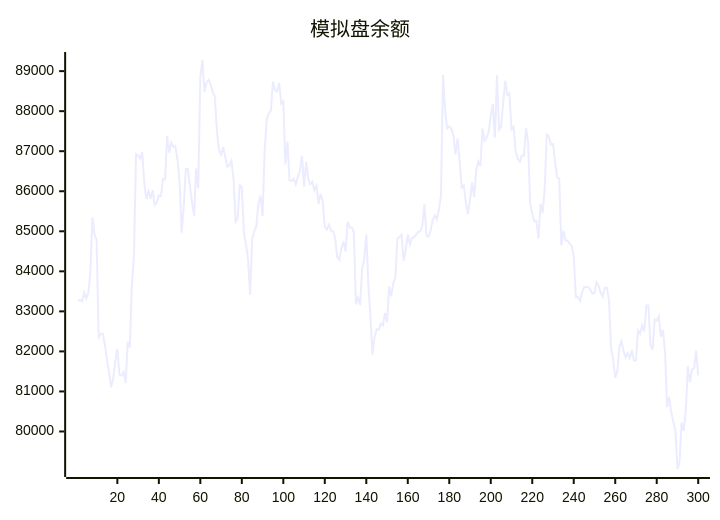
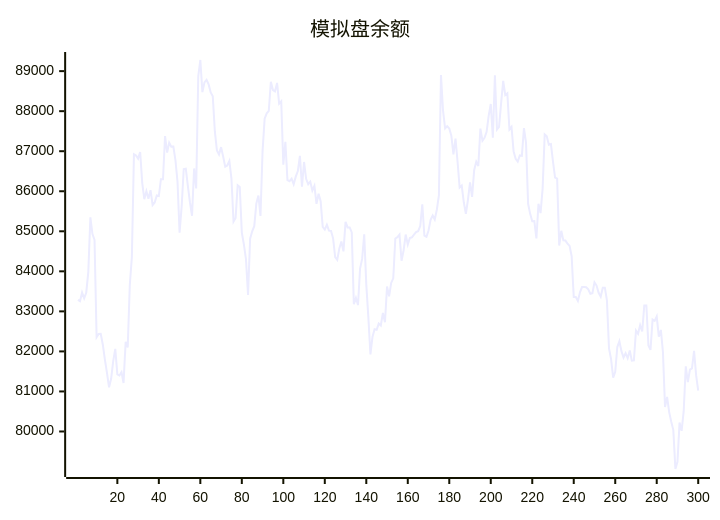
One commit to aahl/ai-trading changed the diagram in README.md. Above: the diagram before and after it, drawn with Mermaid. The commit also changed other lines of this file and 1 other file, not shown here.

````diff
--- a/README.md
+++ b/README.md
@@ -5,5 +5,5 @@
 ```mermaid
 xychart
     title "模拟盘余额"
-    line [83261,83287,83253,83470,83327,83465,83987,85348,84930,84786,82355,82433,82438,82167,81795,81466,81105,81315,81756,82064,81426,81398,81481,81210,82242,82099,83658,84359,86925,86892,86814,86980,86203,85802,86003,85811,86028,85657,85721,85896,85880,86300,86299,87378,86965,87214,87115,87118,86780,86238,84966,85623,86555,86562,86129,85722,85387,86569,86070,88870,89278,88477,88720,88781,88668,88467,88372,87493,87018,86917,87102,86870,86613,86644,86758,86317,85242,85334,86149,86106,84968,84671,84302,83410,84816,85001,85127,85693,85891,85384,87001,87811,87945,88007,88734,88528,88495,88705,88189,88248,86662,87234,86279,86251,86314,86177,86364,86503,86886,86114,86731,86310,86176,86240,86017,86136,85685,85938,85749,85111,85044,85164,85016,85008,84824,84354,84287,84572,84745,84500,85234,85096,85095,84970,83180,83338,83157,84070,84309,84922,83667,82850,81924,82369,82552,82539,82695,82648,82962,82728,83619,83378,83710,83825,84819,84854,84917,84265,84527,84919,84668,84834,84850,84916,84981,85004,85131,85674,84891,84864,85019,85284,85393,85294,85538,85894,88904,88012,87567,87625,87568,87386,86920,87313,86737,86094,86143,85725,85437,85787,86219,85859,86526,86740,86630,87563,87264,87335,87483,87886,88180,87335,88894,87544,87608,88207,88755,88401,88444,87543,87608,87000,86810,86740,86894,86884,87576,87209,85686,85435,85251,85255,84820,85689,85453,86066,87420,87373,87161,87178,86740,86341,86315,84643,85012,84772,84768,84690,84635,84376,83360,83357,83259,83474,83608,83606,83602,83548,83440,83454,83724,83644,83464,83365,83590,83592,83275,82072,81806,81344,81492,82109,82254,82006,81848,81955,81829,82022,81769,81776,82522,82441,82656,82498,83144,83144,82150,82038,82797,82763,82872,82367,82536,81981,80612,80862,80484,80242,80034,79063,79245,80226,80016,80507,81625,81233,81544,81578,82016,81401]
+    line [83287,83253,83470,83327,83465,83987,85348,84930,84786,82355,82433,82438,82167,81795,81466,81105,81315,81756,82064,81426,81398,81481,81210,82242,82099,83658,84359,86925,86892,86814,86980,86203,85802,86003,85811,86028,85657,85721,85896,85880,86300,86299,87378,86965,87214,87115,87118,86780,86238,84966,85623,86555,86562,86129,85722,85387,86569,86070,88870,89278,88477,88720,88781,88668,88467,88372,87493,87018,86917,87102,86870,86613,86644,86758,86317,85242,85334,86149,86106,84968,84671,84302,83410,84816,85001,85127,85693,85891,85384,87001,87811,87945,88007,88734,88528,88495,88705,88189,88248,86662,87234,86279,86251,86314,86177,86364,86503,86886,86114,86731,86310,86176,86240,86017,86136,85685,85938,85749,85111,85044,85164,85016,85008,84824,84354,84287,84572,84745,84500,85234,85096,85095,84970,83180,83338,83157,84070,84309,84922,83667,82850,81924,82369,82552,82539,82695,82648,82962,82728,83619,83378,83710,83825,84819,84854,84917,84265,84527,84919,84668,84834,84850,84916,84981,85004,85131,85674,84891,84864,85019,85284,85393,85294,85538,85894,88904,88012,87567,87625,87568,87386,86920,87313,86737,86094,86143,85725,85437,85787,86219,85859,86526,86740,86630,87563,87264,87335,87483,87886,88180,87335,88894,87544,87608,88207,88755,88401,88444,87543,87608,87000,86810,86740,86894,86884,87576,87209,85686,85435,85251,85255,84820,85689,85453,86066,87420,87373,87161,87178,86740,86341,86315,84643,85012,84772,84768,84690,84635,84376,83360,83357,83259,83474,83608,83606,83602,83548,83440,83454,83724,83644,83464,83365,83590,83592,83275,82072,81806,81344,81492,82109,82254,82006,81848,81955,81829,82022,81769,81776,82522,82441,82656,82498,83144,83144,82150,82038,82797,82763,82872,82367,82536,81981,80612,80862,80484,80242,80034,79063,79245,80226,80016,80507,81625,81233,81544,81578,82016,81401,81019]
 ```
````
